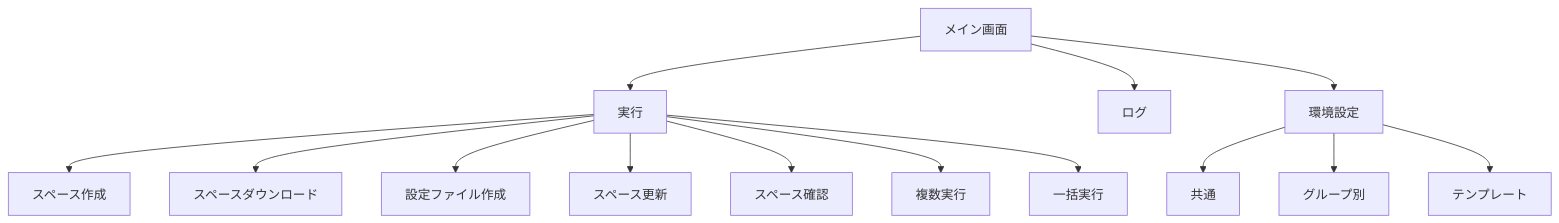
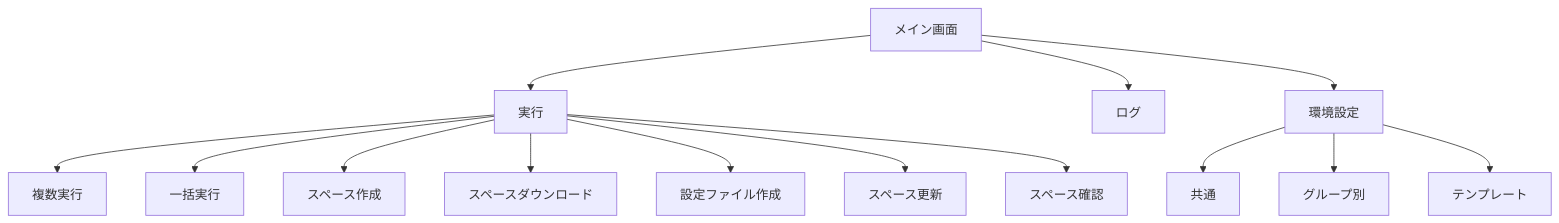
Before and after one commit to nishida2073/project_management: the diagram in tool/kintone-resourse-generator/doc/02_設計/画面設計.md, drawn with Mermaid. The commit also changed other lines of this file and 31 other files, not shown here.

````diff
--- a/tool/kintone-resourse-generator/doc/02_設計/画面設計.md
+++ b/tool/kintone-resourse-generator/doc/02_設計/画面設計.md
@@ -25,17 +25,17 @@
 ```mermaid
 flowchart TD
     A["メイン画面"]
     A --> B["実行"]
     A --> C["ログ"]
     A --> D["環境設定"]
-    B --> B1["スペース作成"]
-    B --> B2["スペースダウンロード"]
-    B --> B3["設定ファイル作成"]
-    B --> B4["スペース更新"]
-    B --> B5["スペース確認"]
-    B --> B6["複数実行"]
-    B --> B7["一括実行"]
+    B --> B1["複数実行"]
+    B --> B2["一括実行"]
+    B --> B3["スペース作成"]
+    B --> B4["スペースダウンロード"]
+    B --> B5["設定ファイル作成"]
+    B --> B6["スペース更新"]
+    B --> B7["スペース確認"]
     D --> D1["共通"]
     D --> D2["グループ別"]
     D --> D3["テンプレート"]
 ```
````
